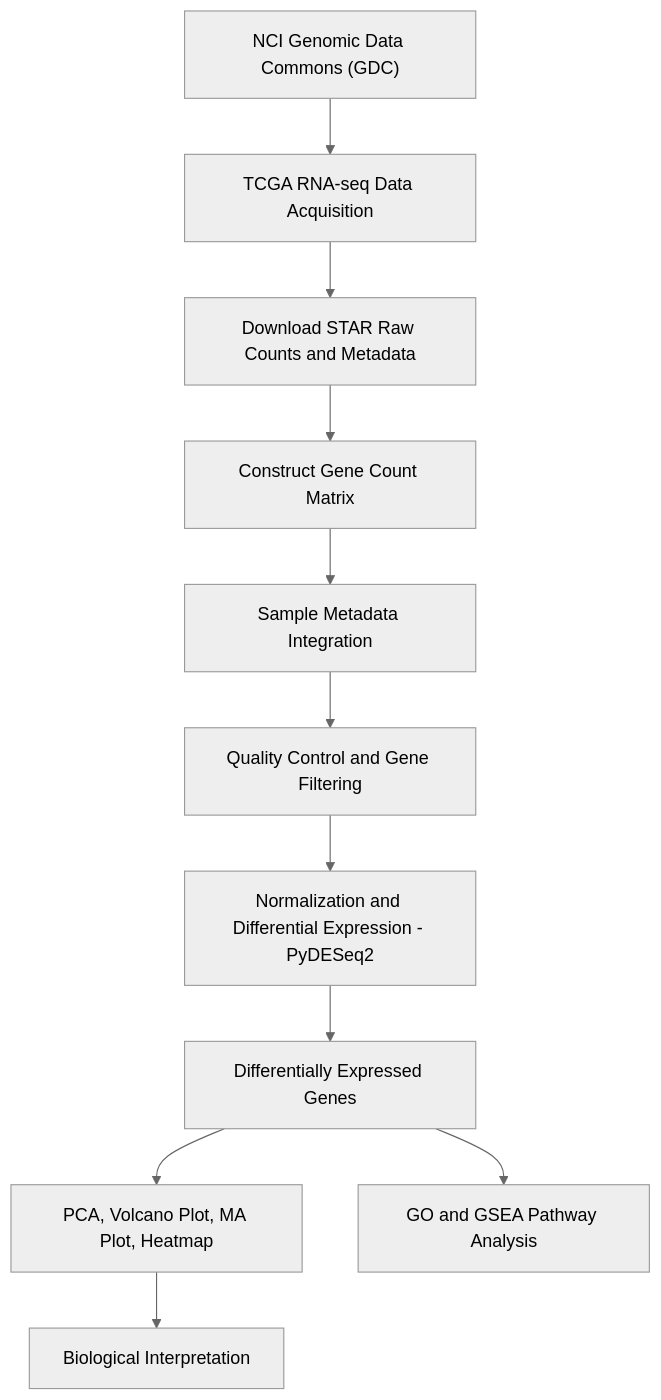
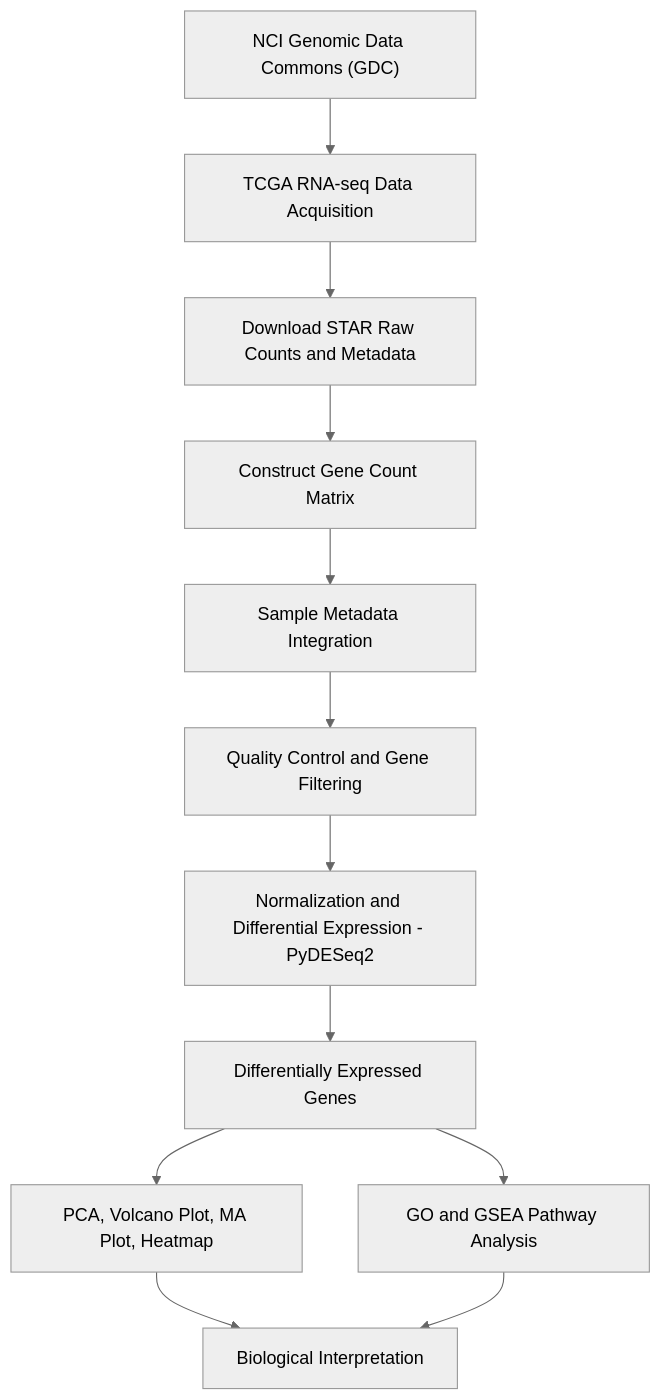
One commit to olahassan000/TCGA-Glioblastoma-RNA-seq-Analysis-with-PyDESeq2---Python- changed the diagram in README.md. Above: the diagram before and after it, drawn with Mermaid (neutral theme).

Commit message:
Add connection from GO analysis to Biological Interpretation

````diff
--- a/README.md
+++ b/README.md
@@ -32,14 +32,15 @@
 ```mermaid
 flowchart TD
     A["NCI Genomic Data Commons (GDC)"] --> B["TCGA RNA-seq Data Acquisition"]
     B --> C["Download STAR Raw Counts and Metadata"]
     C --> D["Construct Gene Count Matrix"]
     D --> E["Sample Metadata Integration"]
     E --> F["Quality Control and Gene Filtering"]
     F --> G["Normalization and Differential Expression - PyDESeq2"]
     G --> H["Differentially Expressed Genes"]
     H --> I["PCA, Volcano Plot, MA Plot, Heatmap"]
     H --> J["GO and GSEA Pathway Analysis"]
     I --> K["Biological Interpretation"]
+    J --> K
     
 ```
````
